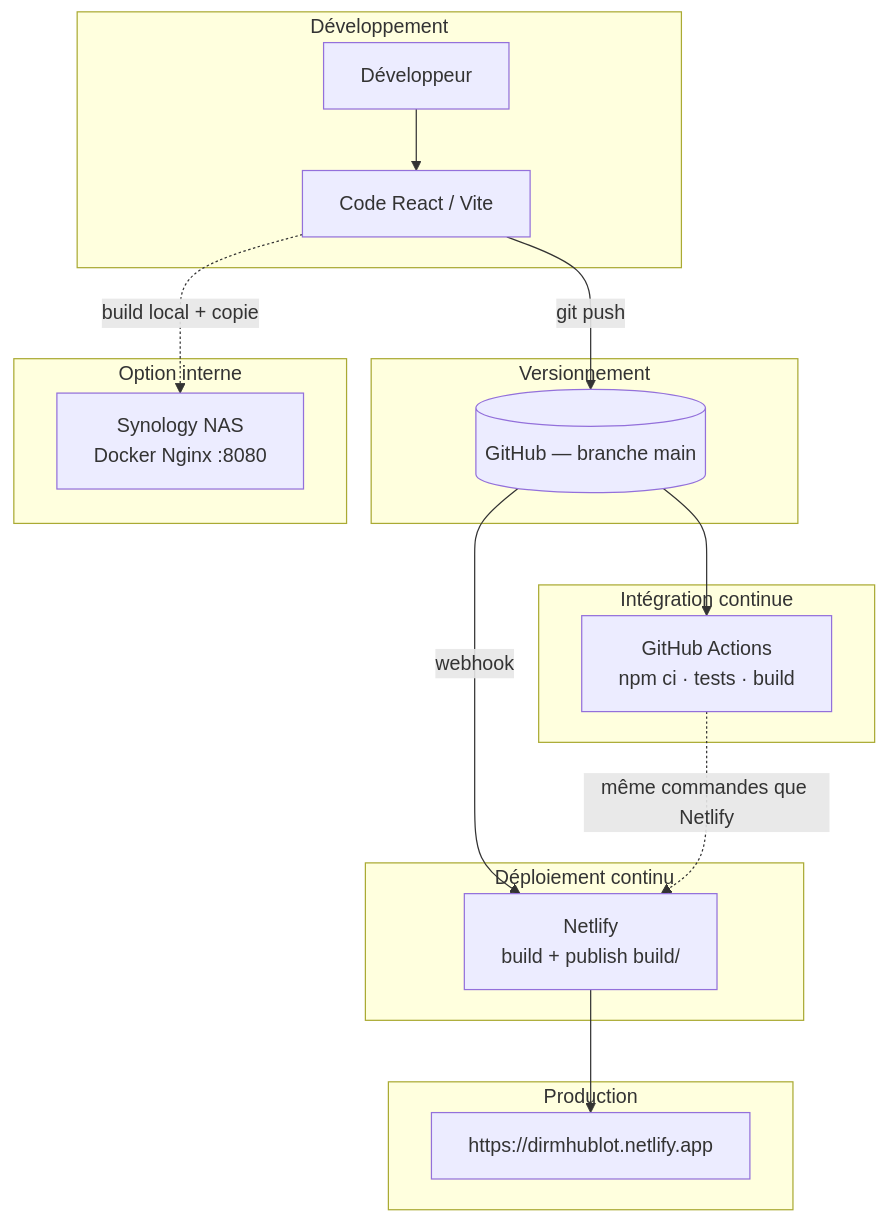
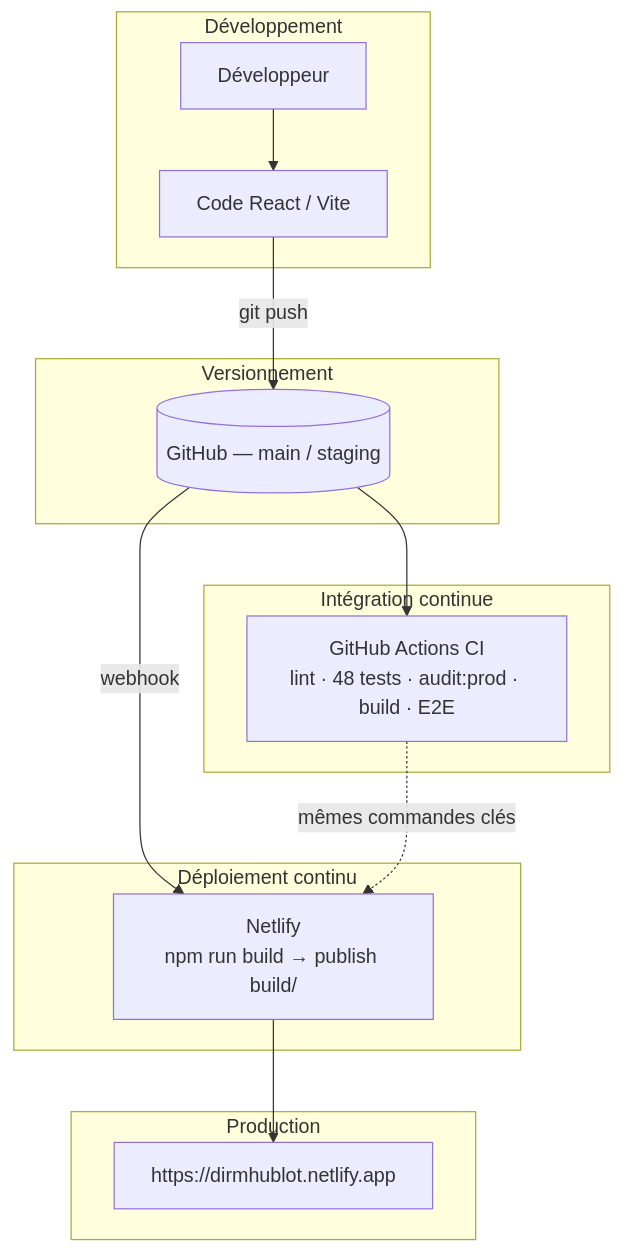
Before and after one commit to Meriem1403/Hublot: the diagram in docs/Annexes/Annexe_05_ARCHITECTURE_DEPLOIEMENT.md, drawn with Mermaid. The commit also changed other lines of this file and 91 other files, not shown here.

````diff
--- a/docs/Annexes/Annexe_05_ARCHITECTURE_DEPLOIEMENT.md
+++ b/docs/Annexes/Annexe_05_ARCHITECTURE_DEPLOIEMENT.md
@@ -36,35 +33,30 @@
 ```mermaid
 flowchart TB
   subgraph dev [Développement]
     Dev[Développeur]
     Code[Code React / Vite]
     Dev --> Code
   end
 
   subgraph git [Versionnement]
-    Repo[(GitHub — branche main)]
+    Repo[(GitHub — main / staging)]
     Code -->|git push| Repo
   end
 
   subgraph ci [Intégration continue]
-    GHA[GitHub Actions\nnpm ci · tests · build]
+    GHA[GitHub Actions CI\nlint · 48 tests · audit:prod · build · E2E]
     Repo --> GHA
   end
 
   subgraph cd [Déploiement continu]
-  Netlify[Netlify\nbuild + publish build/]
-  Repo -->|webhook| Netlify
+    Netlify[Netlify\nnpm run build → publish build/]
+    Repo -->|webhook| Netlify
   end
 
   subgraph prod [Production]
     Site[https://dirmhublot.netlify.app]
     Netlify --> Site
   end
 
-  subgraph local [Option interne]
-    NAS[Synology NAS\nDocker Nginx :8080]
-    Code -.->|build local + copie| NAS
-  end
-
-  GHA -.->|même commandes que Netlify| Netlify
+  GHA -.->|mêmes commandes clés| Netlify
 ```
````
